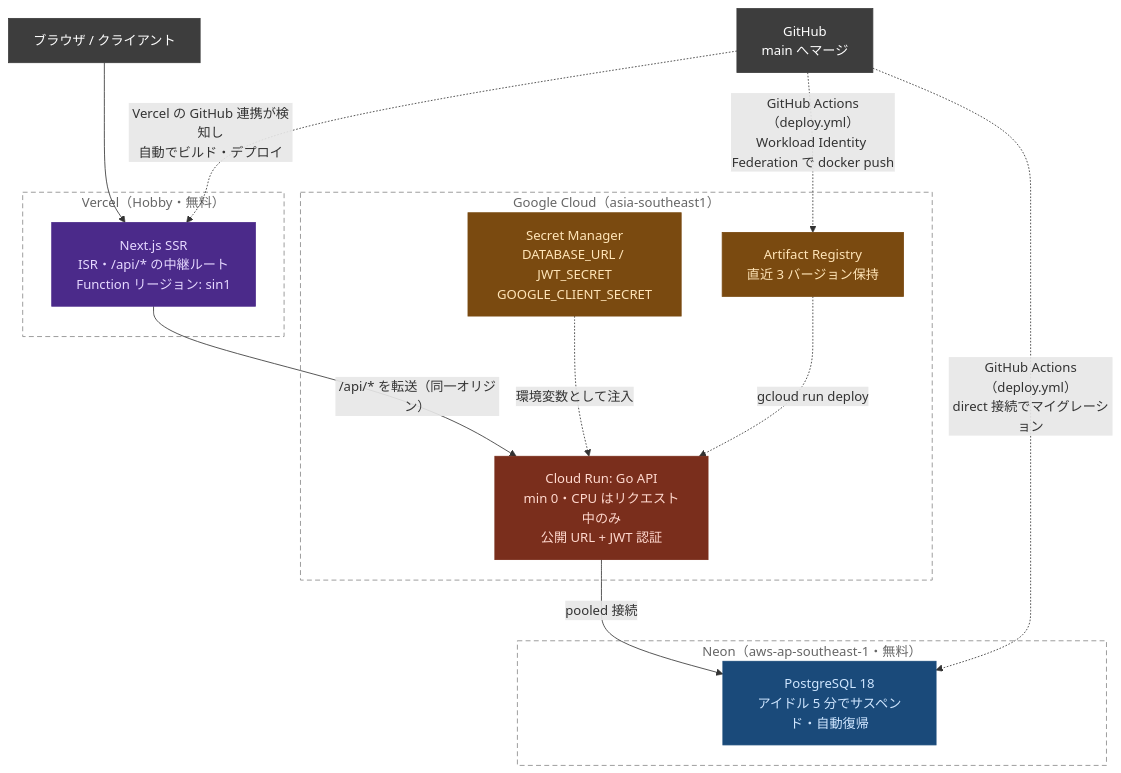
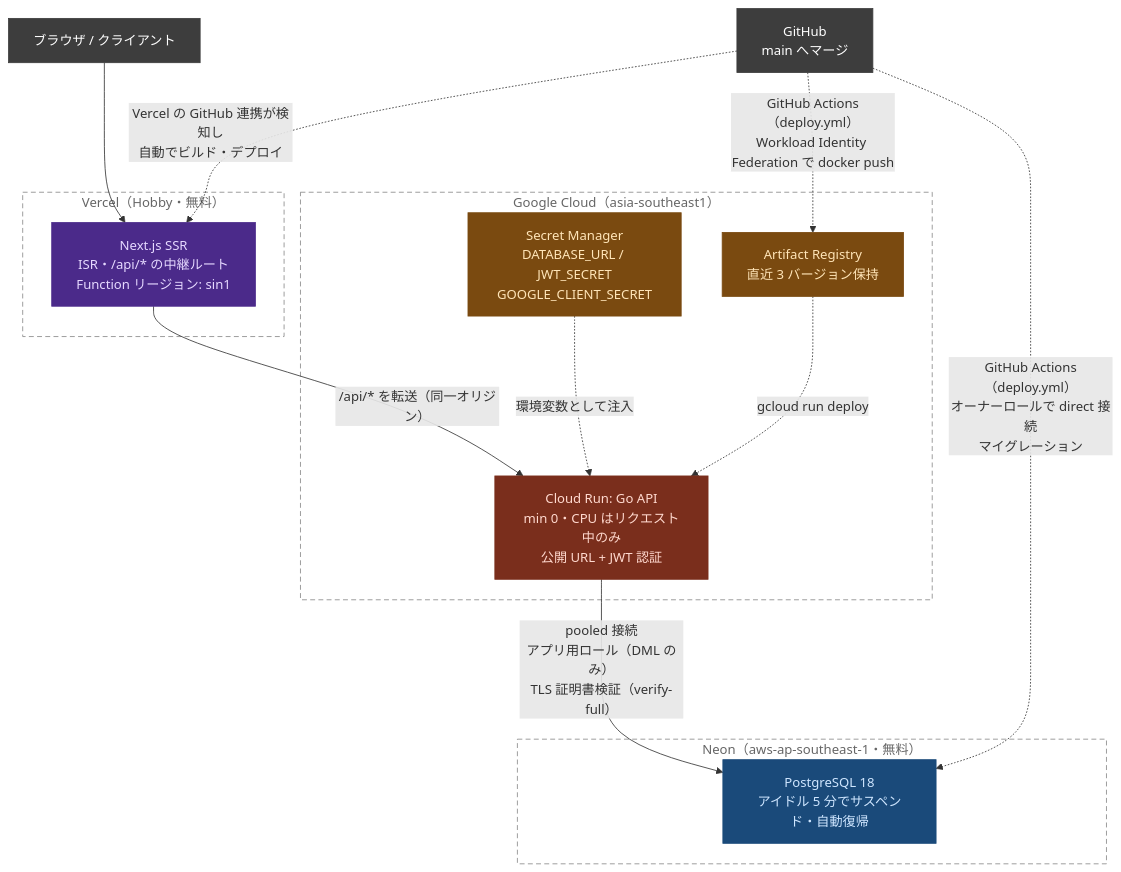
One commit to hiwa-tech-1223/VeganBite changed the diagram in docs/architecture.mmd. Above: the diagram before and after it, drawn with Mermaid. The commit also changed 1 other file, not shown here.

Commit message:
docs: 構成図に DB のロール分離と証明書検証を反映

```diff
--- a/docs/architecture.mmd
+++ b/docs/architecture.mmd
@@ -1,46 +1,46 @@
 %% インフラ構成図のソース。docs/architecture.png はこのファイルから生成する（手順は infra/README.md）
 flowchart TB
     Browser["ブラウザ / クライアント"]
     GH["GitHub<br/>main へマージ"]
 
     Browser --> Next
 
     subgraph VercelBox["Vercel（Hobby・無料）"]
         Next["Next.js SSR<br/>ISR・/api/* の中継ルート<br/>Function リージョン: sin1"]
     end
 
     Next -- "/api/* を転送（同一オリジン）" --> Run
 
     subgraph GCPBox["Google Cloud（asia-southeast1）"]
         Run["Cloud Run: Go API<br/>min 0・CPU はリクエスト中のみ<br/>公開 URL + JWT 認証"]
         SM["Secret Manager<br/>DATABASE_URL / JWT_SECRET<br/>GOOGLE_CLIENT_SECRET"]
         AR["Artifact Registry<br/>直近 3 バージョン保持"]
         SM -. "環境変数として注入" .-> Run
         AR -. "gcloud run deploy" .-> Run
     end
 
-    Run -- "pooled 接続" --> PG
+    Run -- "pooled 接続<br/>アプリ用ロール（DML のみ）<br/>TLS 証明書検証（verify-full）" --> PG
 
     subgraph NeonBox["Neon（aws-ap-southeast-1・無料）"]
         PG["PostgreSQL 18<br/>アイドル 5 分でサスペンド・自動復帰"]
     end
 
     GH -. "Vercel の GitHub 連携が検知し<br/>自動でビルド・デプロイ" .-> Next
     GH -. "GitHub Actions（deploy.yml）<br/>Workload Identity Federation で docker push" .-> AR
-    GH -. "GitHub Actions（deploy.yml）<br/>direct 接続でマイグレーション" .-> PG
+    GH -. "GitHub Actions（deploy.yml）<br/>オーナーロールで direct 接続<br/>マイグレーション" .-> PG
 
     classDef client fill:#3d3d3d,stroke:#3d3d3d,color:#fff
     classDef vercel fill:#4b2a8a,stroke:#4b2a8a,color:#e6d9ff
     classDef run fill:#7a2e1c,stroke:#7a2e1c,color:#ffd9cf
     classDef gcp fill:#7a4a10,stroke:#7a4a10,color:#ffe5b8
     classDef neon fill:#1a4a7a,stroke:#1a4a7a,color:#cfe6ff
 
     class Browser,GH client
     class Next vercel
     class Run run
     class SM,AR gcp
     class PG neon
 
     style VercelBox fill:none,stroke:#888,stroke-dasharray:6 4,color:#666
     style GCPBox fill:none,stroke:#888,stroke-dasharray:6 4,color:#666
     style NeonBox fill:none,stroke:#888,stroke-dasharray:6 4,color:#666
```
